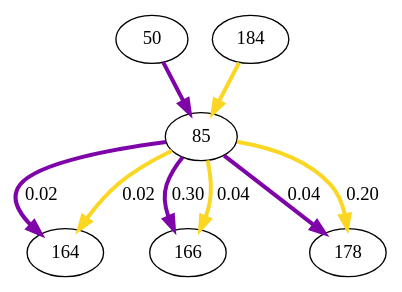
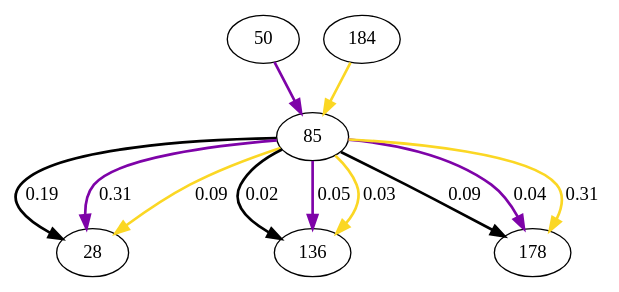
Before and after one commit to jonhyona/Potts_python_Ghislain: the diagram in graph/my_graph85.dot, drawn with Graphviz. The commit also changed 54 other files, not shown here.

```diff
--- a/graph/my_graph85.dot
+++ b/graph/my_graph85.dot
@@ -1,16 +1,19 @@
 digraph  {
 50;
 85;
-164;
+28;
 184;
-166;
+136;
 178;
-50 -> 85  [color="#7e03a8", key=0, penwidth=3];
-85 -> 164  [color="#7e03a8", key=0, label="0.02", penwidth=3];
-85 -> 164  [color="#fbd724", key=1, label="0.02", penwidth=3];
-85 -> 166  [color="#7e03a8", key=0, label="0.30", penwidth=3];
-85 -> 166  [color="#fbd724", key=1, label="0.04", penwidth=3];
-85 -> 178  [color="#7e03a8", key=0, label="0.04", penwidth=3];
-85 -> 178  [color="#fbd724", key=1, label="0.20", penwidth=3];
-184 -> 85  [color="#fbd724", key=0, penwidth=3];
+50 -> 85  [color="#7e03a8", key=0, penwidth=2];
+85 -> 28  [color=black, key=0, label="0.19", penwidth=2];
+85 -> 28  [color="#7e03a8", key=1, label="0.31", penwidth=2];
+85 -> 28  [color="#fbd724", key=2, label="0.09", penwidth=2];
+85 -> 136  [color=black, key=0, label="0.02", penwidth=2];
+85 -> 136  [color="#7e03a8", key=1, label="0.05", penwidth=2];
+85 -> 136  [color="#fbd724", key=2, label="0.03", penwidth=2];
+85 -> 178  [color=black, key=0, label="0.09", penwidth=2];
+85 -> 178  [color="#7e03a8", key=1, label="0.04", penwidth=2];
+85 -> 178  [color="#fbd724", key=2, label="0.31", penwidth=2];
+184 -> 85  [color="#fbd724", key=0, penwidth=2];
 }
```
